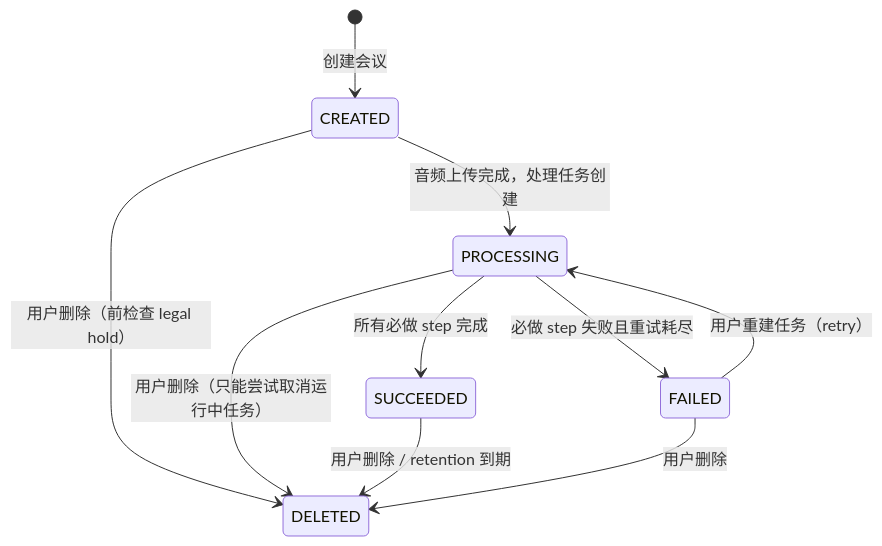
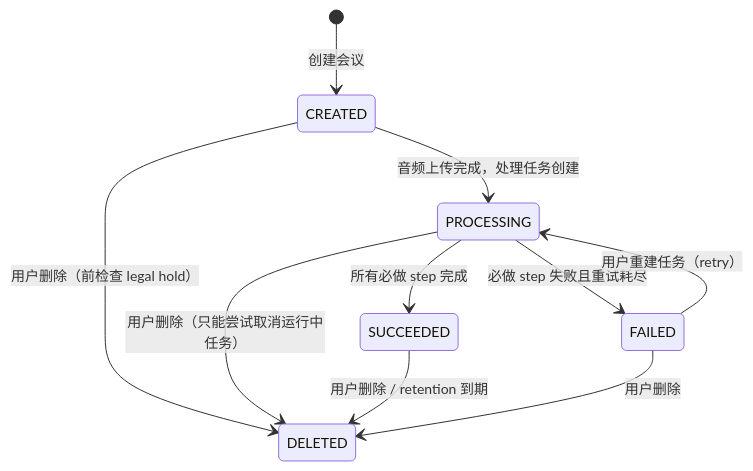
The diagram in docs/spec-fixes.md (JAHSEH618/meeting), drawn with Mermaid before and after one commit. The commit also changed other lines of this file and 3 other files, not shown here.

First line of the commit message:
docs: harden mermaid rendering and add per-figure captions

````diff
--- a/docs/spec-fixes.md
+++ b/docs/spec-fixes.md
@@ -204,12 +204,13 @@
 ```mermaid
+%%{init: {'themeVariables': {'fontSize': '14px'}}}%%
 stateDiagram-v2
     [*] --> CREATED: 创建会议
     CREATED --> PROCESSING: 音频上传完成，处理任务创建
     CREATED --> DELETED: 用户删除（前检查 legal hold）
     PROCESSING --> SUCCEEDED: 所有必做 step 完成
     PROCESSING --> FAILED: 必做 step 失败且重试耗尽
     PROCESSING --> DELETED: 用户删除（只能尝试取消运行中任务）
     SUCCEEDED --> DELETED: 用户删除 / retention 到期
     FAILED --> PROCESSING: 用户重建任务（retry）
     FAILED --> DELETED: 用户删除
 ```
````
